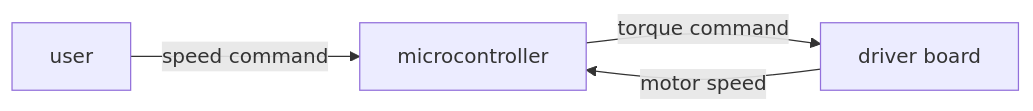
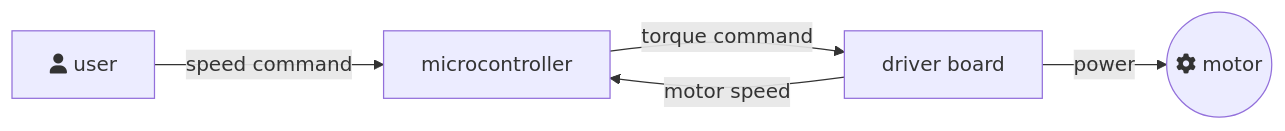
One commit to mwicat/bldc_speed_governor changed the diagram in README.md. Above: the diagram before and after it, drawn with Mermaid.

Commit message:
update operation diagram

````diff
--- a/README.md
+++ b/README.md
@@ -17,6 +17,7 @@
 ```mermaid
 graph LR
-    mcu[microcontroller] -- torque command --> board[driver board]
-    board -- motor speed --> mcu
-    user -- speed command --> mcu
+    mcu[microcontroller] -- torque command --> driver[driver board]
+    driver -- motor speed --> mcu
+    user[fa:fa-user user] -- speed command --> mcu
+    driver -- power --> motor((fa:fa-gear motor))
 ```
````
